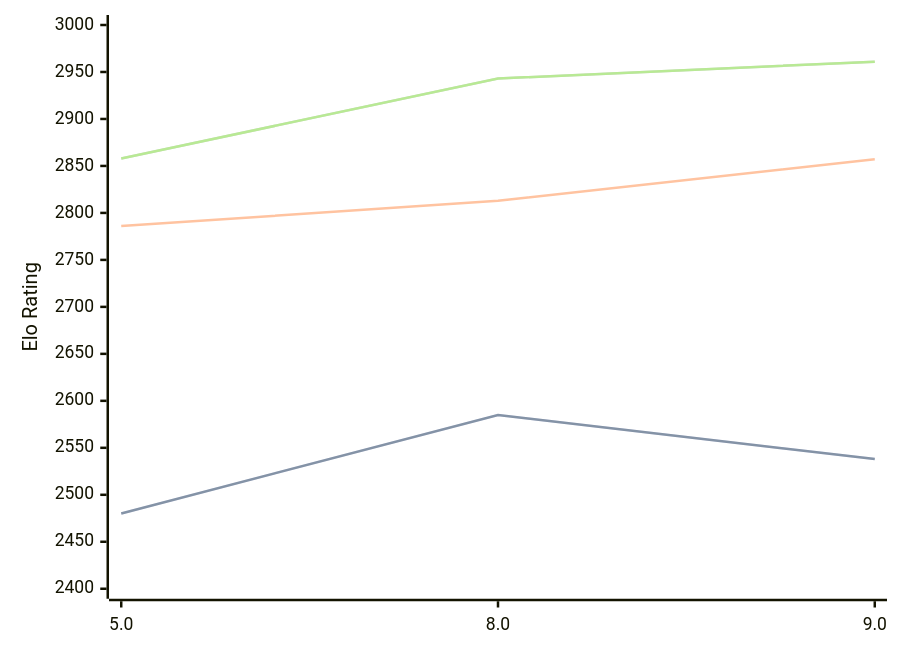
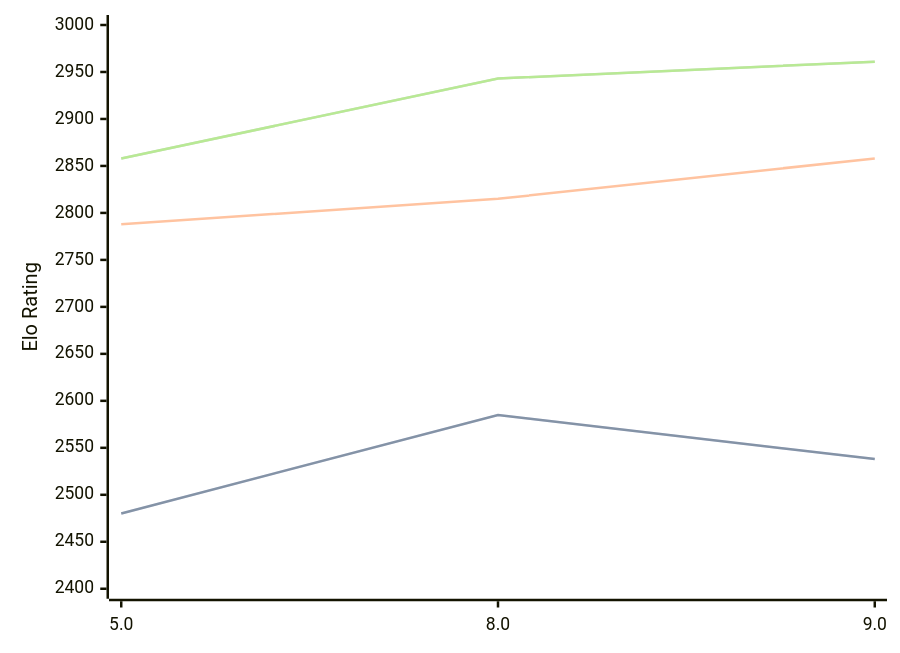
The diagram in engines/4kc.md (computer-chess-index/cci), drawn with Mermaid before and after one commit. The commit also changed other lines of this file, not shown here.

````diff
--- a/engines/4kc.md
+++ b/engines/4kc.md
@@ -33,11 +33,11 @@
 ```mermaid
 %%{init: {"theme":"base","themeVariables":{"seriesColors:['#a3a3a3','#222221','#faa371']}}}%%
 xychart-beta
   x-axis ["5.0", "8.0", "9.0"]
   y-axis "Elo Rating" 2400 --> 3000
   line "" [2480, 2585, 2538]
   line "STC (8.0+0.08s)" [2480, 2585, 2538]
-  line "LTC (60.0+0.60s)" [2786, 2813, 2857]
+  line "LTC (60.0+0.60s)" [2788, 2815, 2858]
   line "" [2858, 2943, 2961]
   line "VLTC (2m24s+1.12s)" [2858, 2943, 2961]
 ```
````
